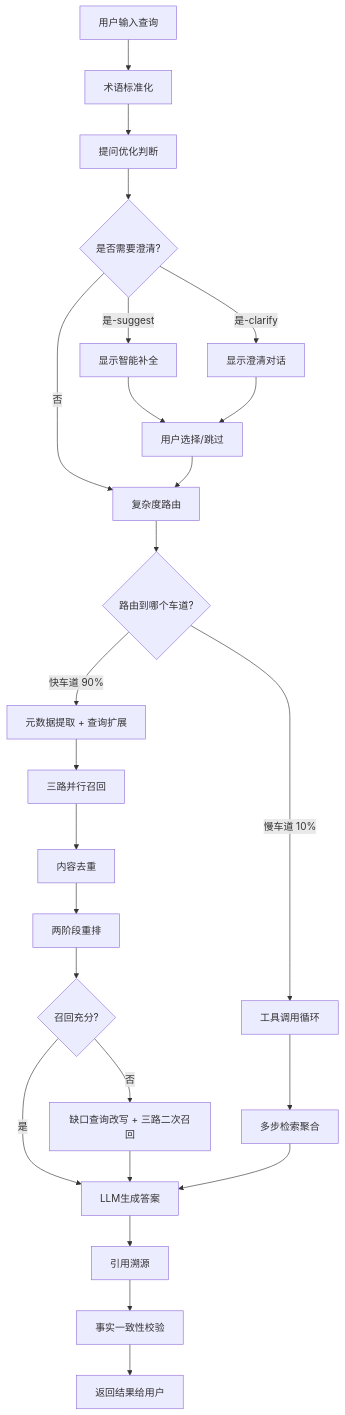
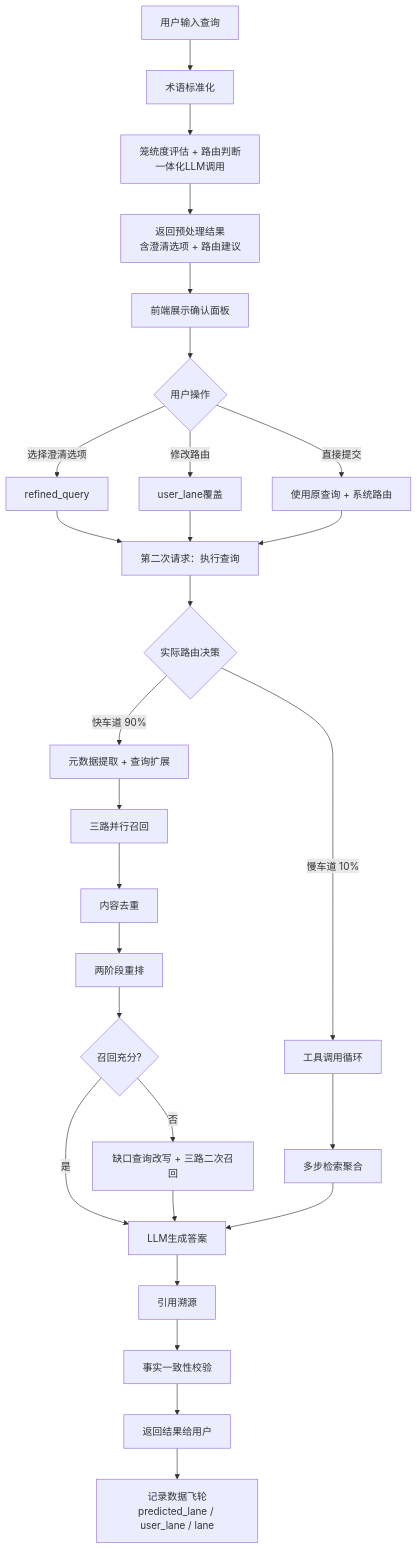
Before and after one commit to JohnnyNg10/eletric_rag: the first of 9 diagrams in docs/architecture/flows/16-业务流程图.md, drawn with Mermaid. The commit also changed other lines of this file and 3879 other files, not shown here.

````diff
--- a/docs/architecture/flows/16-业务流程图.md
+++ b/docs/architecture/flows/16-业务流程图.md
@@ -7,27 +7,30 @@
 ```mermaid
 graph TD
     A[用户输入查询] --> B[术语标准化]
-    B --> C[提问优化判断]
-    C --> D{是否需要澄清?}
-    D -->|否| E[复杂度路由]
-    D -->|是-suggest| F[显示智能补全]
-    D -->|是-clarify| G[显示澄清对话]
-    F --> H[用户选择/跳过]
-    G --> H
-    H --> E
-    E --> I{路由到哪个车道?}
-    I -->|快车道 90%| PRE[元数据提取 + 查询扩展]
-    I -->|慢车道 10%| K[工具调用循环]
-    PRE --> J[三路并行召回]
-    J --> JD[内容去重]
-    JD --> L[两阶段重排]
-    L --> M{召回充分?}
-    M -->|是| N[LLM生成答案]
-    M -->|否| O[缺口查询改写 + 三路二次召回]
-    O --> N
-    K --> P[多步检索聚合]
-    P --> N
-    N --> Q[引用溯源]
-    Q --> R[事实一致性校验]
-    R --> S[返回结果给用户]
+    B --> C[笼统度评估 + 路由判断<br/>一体化LLM调用]
+    C --> D[返回预处理结果<br/>含澄清选项 + 路由建议]
+    D --> E[前端展示确认面板]
+    E --> F{用户操作}
+    F -->|选择澄清选项| G[refined_query]
+    F -->|修改路由| H[user_lane覆盖]
+    F -->|直接提交| I[使用原查询 + 系统路由]
+    G --> J[第二次请求：执行查询]
+    H --> J
+    I --> J
+    J --> K{实际路由决策}
+    K -->|快车道 90%| PRE[元数据提取 + 查询扩展]
+    K -->|慢车道 10%| L[工具调用循环]
+    PRE --> M[三路并行召回]
+    M --> MD[内容去重]
+    MD --> N[两阶段重排]
+    N --> O{召回充分?}
+    O -->|是| P[LLM生成答案]
+    O -->|否| Q[缺口查询改写 + 三路二次召回]
+    Q --> P
+    L --> R[多步检索聚合]
+    R --> P
+    P --> S[引用溯源]
+    S --> T[事实一致性校验]
+    T --> U[返回结果给用户]
+    U --> V[记录数据飞轮<br/>predicted_lane / user_lane / lane]
 ```
````
